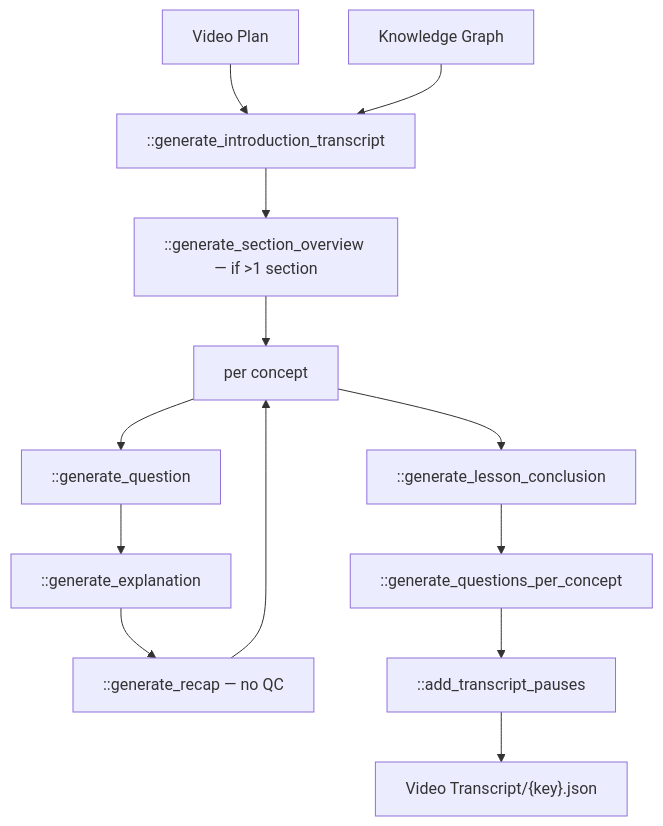
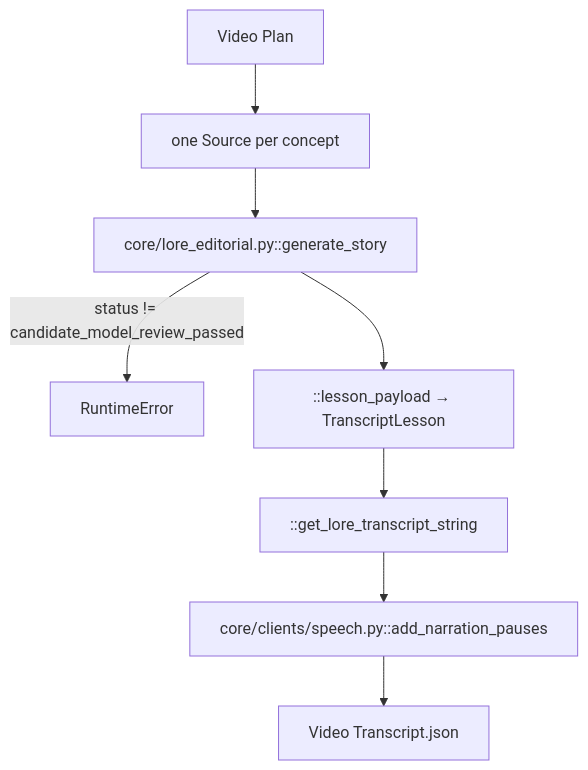
One commit to BekhruzT/Stele changed the diagram in generation/docs/architecture/04-transcript.md. Above: the diagram before and after it, drawn with Mermaid. The commit also changed other lines of this file and 18 other files, not shown here.

````diff
--- a/generation/docs/architecture/04-transcript.md
+++ b/generation/docs/architecture/04-transcript.md
@@ -38,15 +32,10 @@
 ```mermaid
 flowchart TD
-  VP["Video Plan"] --> Intro["::generate_introduction_transcript"]
-  KG["Knowledge Graph"] --> Intro
-  Intro --> Ov["::generate_section_overview — if >1 section"]
-  Ov --> Loop["per concept"]
-  Loop --> Q["::generate_question"]
-  Q --> Ex["::generate_explanation"]
-  Ex --> Rec["::generate_recap — no QC"]
-  Rec --> Loop
-  Loop --> Concl["::generate_lesson_conclusion"]
-  Concl --> MCQ["::generate_questions_per_concept"]
-  MCQ --> Pause["::add_transcript_pauses"]
-  Pause --> Out["Video Transcript/{key}.json"]
+  VP["Video Plan"] --> Src["one Source per concept"]
+  Src --> Story["core/lore_editorial.py::generate_story"]
+  Story -->|"status != candidate_model_review_passed"| Stop["RuntimeError"]
+  Story --> Payload["::lesson_payload → TranscriptLesson"]
+  Payload --> Str["::get_lore_transcript_string"]
+  Str --> Pause["core/clients/speech.py::add_narration_pauses"]
+  Pause --> Out["Video Transcript.json"]
 ```
````
